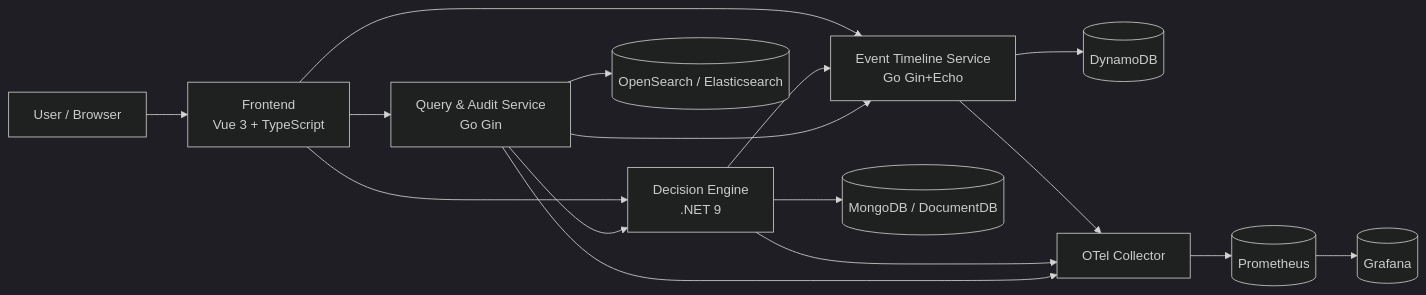
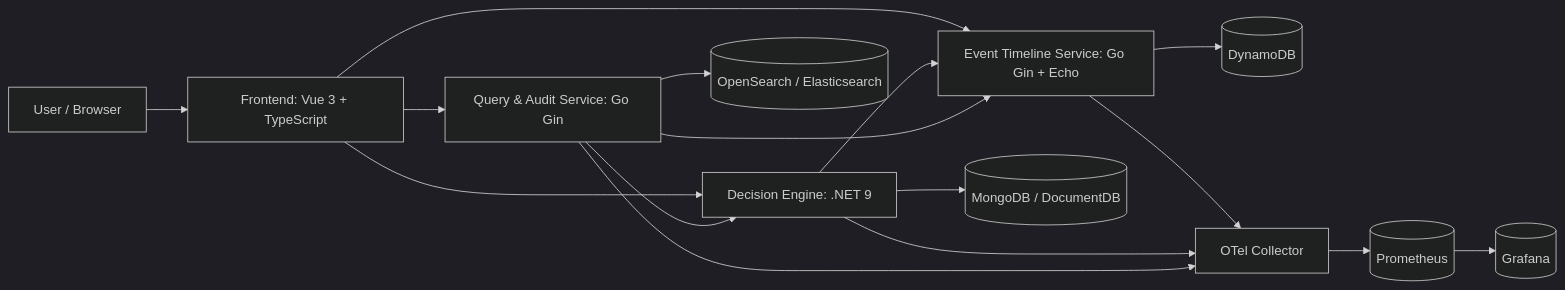
Before and after one commit to kushal-sharma-works/aevum-platform: the first of 2 diagrams in README.md, drawn with Mermaid (dark theme). The commit also changed other lines of this file, not shown here.

Commit message:
docs: fix mermaid diagrams for GitHub rendering

````diff
--- a/README.md
+++ b/README.md
@@ -11,32 +11,32 @@
 ```mermaid
 flowchart LR
-	Browser[User / Browser]
-	Frontend[Frontend\nVue 3 + TypeScript]
-	ET[Event Timeline Service\nGo Gin+Echo]
-	DE[Decision Engine\n.NET 9]
-	QA[Query & Audit Service\nGo Gin]
-	DDB[(DynamoDB)]
-	MDB[(MongoDB / DocumentDB)]
-	ES[(OpenSearch / Elasticsearch)]
-	OTel[OTel Collector]
-	Prom[(Prometheus)]
-	Graf[(Grafana)]
+	Browser["User / Browser"];
+	Frontend["Frontend: Vue 3 + TypeScript"];
+	ET["Event Timeline Service: Go Gin + Echo"];
+	DE["Decision Engine: .NET 9"];
+	QA["Query & Audit Service: Go Gin"];
+	DDB[("DynamoDB")];
+	MDB[("MongoDB / DocumentDB")];
+	ES[("OpenSearch / Elasticsearch")];
+	OTel["OTel Collector"];
+	Prom[("Prometheus")];
+	Graf[("Grafana")];
 
-	Browser --> Frontend
-	Frontend --> ET
-	Frontend --> DE
-	Frontend --> QA
+	Browser --> Frontend;
+	Frontend --> ET;
+	Frontend --> DE;
+	Frontend --> QA;
 
-	ET --> DDB
-	DE --> MDB
-	DE --> ET
-	QA --> ET
-	QA --> DE
-	QA --> ES
+	ET --> DDB;
+	DE --> MDB;
+	DE --> ET;
+	QA --> ET;
+	QA --> DE;
+	QA --> ES;
 
-	ET --> OTel
-	DE --> OTel
-	QA --> OTel
-	OTel --> Prom
-	Prom --> Graf
+	ET --> OTel;
+	DE --> OTel;
+	QA --> OTel;
+	OTel --> Prom;
+	Prom --> Graf;
 ```
````
